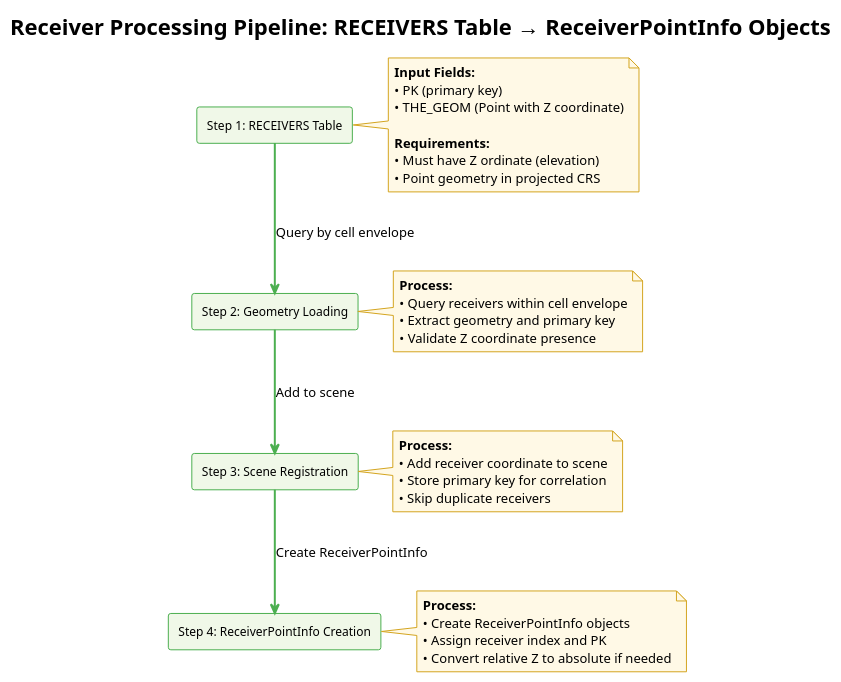
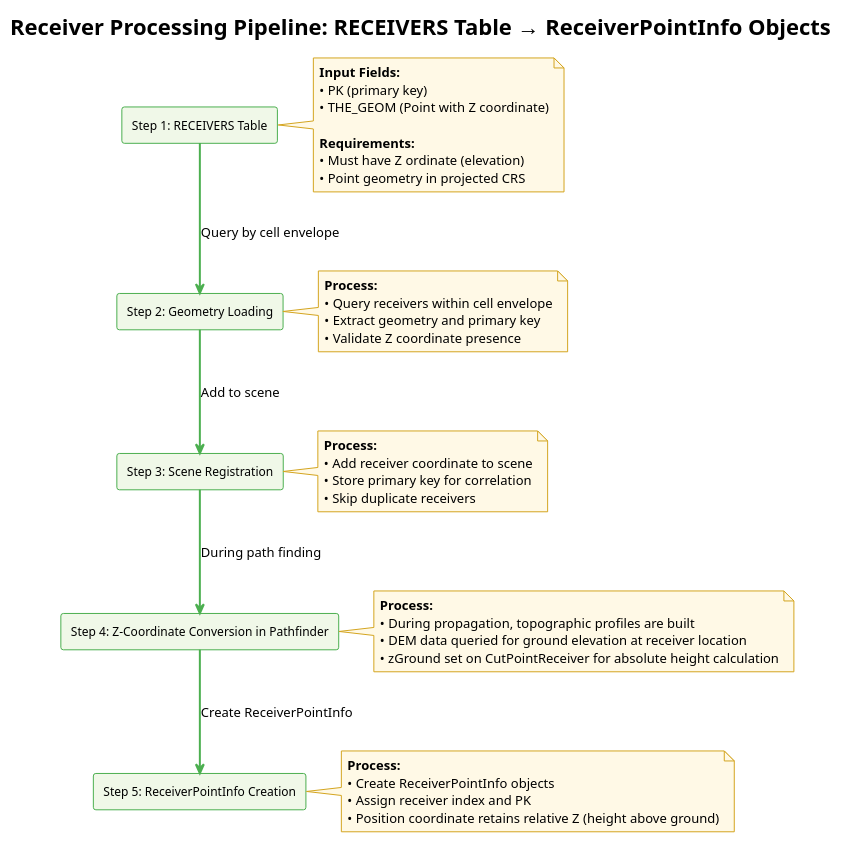
Before and after one commit to jtagusari/NoiseModelling: the first of 2 diagrams in Docs-dev/receiver_algorithms.md, drawn with PlantUML. The commit also changed other lines of this file and 24 other files, not shown here.

````diff
--- a/Docs-dev/receiver_algorithms.md
+++ b/Docs-dev/receiver_algorithms.md
@@ -19,59 +20,68 @@
 ```plantuml
 @startuml
 !theme plain
 skinparam rectangle {
   BackgroundColor #F0F8E8
   BorderColor #4CAF50
   FontSize 12
 }
 skinparam note {
   BackgroundColor #FFF9E6
   BorderColor #D4A520
 }
 skinparam arrow {
   Color #4CAF50
   Thickness 2
 }
 
 title Receiver Processing Pipeline: RECEIVERS Table → ReceiverPointInfo Objects
 
 rectangle "Step 1: RECEIVERS Table" as step1 #F0F8E8
 note right of step1
   **Input Fields:**
   • PK (primary key)
   • THE_GEOM (Point with Z coordinate)
   
   **Requirements:**
   • Must have Z ordinate (elevation)
   • Point geometry in projected CRS
 end note
 
 rectangle "Step 2: Geometry Loading" as step2 #F0F8E8
 note right of step2
   **Process:**
   • Query receivers within cell envelope
   • Extract geometry and primary key
   • Validate Z coordinate presence
 end note
 
 rectangle "Step 3: Scene Registration" as step3 #F0F8E8
 note right of step3
   **Process:**
   • Add receiver coordinate to scene
   • Store primary key for correlation
   • Skip duplicate receivers
 end note
 
-rectangle "Step 4: ReceiverPointInfo Creation" as step4 #F0F8E8
+rectangle "Step 4: Z-Coordinate Conversion in Pathfinder" as step4 #F0F8E8
 note right of step4
+  **Process:**
+  • During propagation, topographic profiles are built
+  • DEM data queried for ground elevation at receiver location
+  • zGround set on CutPointReceiver for absolute height calculation
+end note
+
+rectangle "Step 5: ReceiverPointInfo Creation" as step5 #F0F8E8
+note right of step5
   **Process:**
   • Create ReceiverPointInfo objects
   • Assign receiver index and PK
-  • Convert relative Z to absolute if needed
+  • Position coordinate retains relative Z (height above ground)
 end note
 
 step1 --> step2 : Query by cell envelope
 step2 --> step3 : Add to scene
-step3 --> step4 : Create ReceiverPointInfo
+step3 --> step4 : During path finding
+step4 --> step5 : Create ReceiverPointInfo
 @enduml
 ```
````
